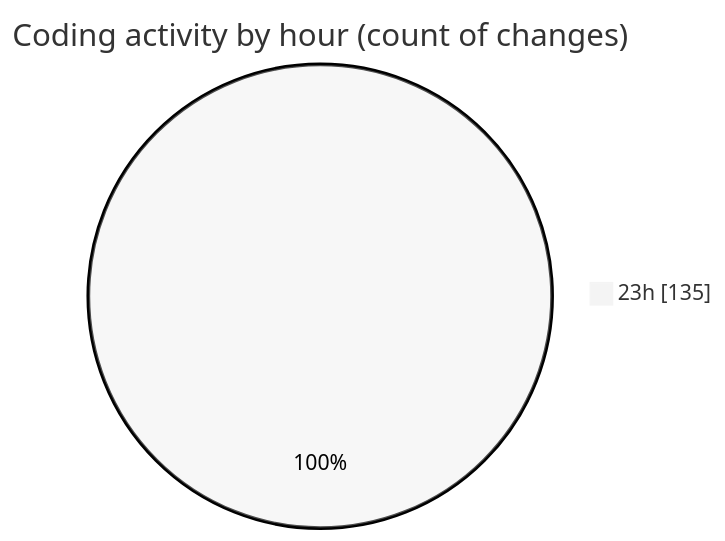
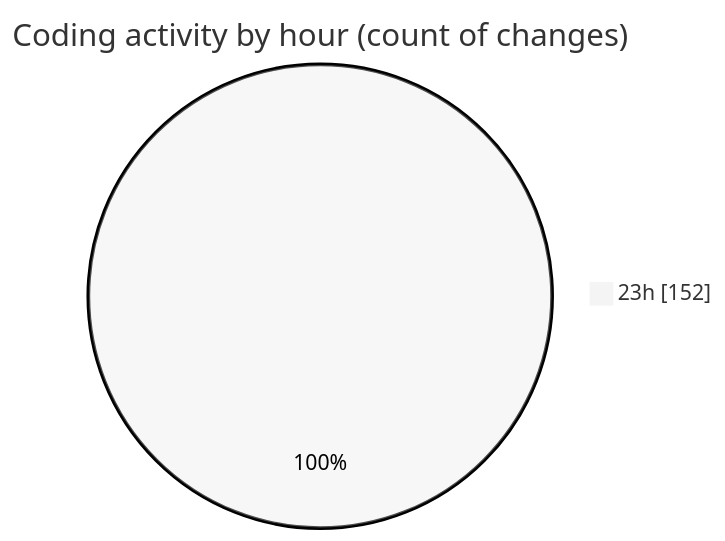
Before and after one commit to Ritupan-Deka/code-tracking: the second of 2 diagrams in 2025-05-25/projects/README.md, drawn with Mermaid (neutral theme). The commit also changed other lines of this file and 1 other file, not shown here.

````diff
--- a/2025-05-25/projects/README.md
+++ b/2025-05-25/projects/README.md
@@ -63,5 +63,5 @@
 ```mermaid
 pie showData
 title Coding activity by hour (count of changes)
-"23h" : 135
+"23h" : 152
 ```
````
